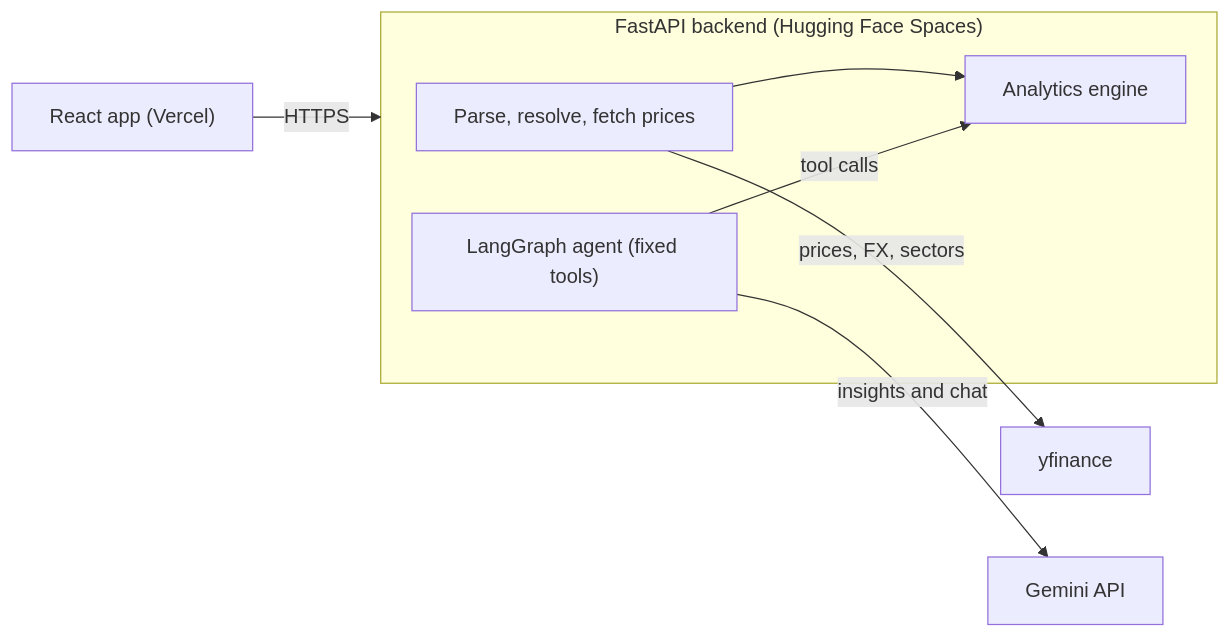
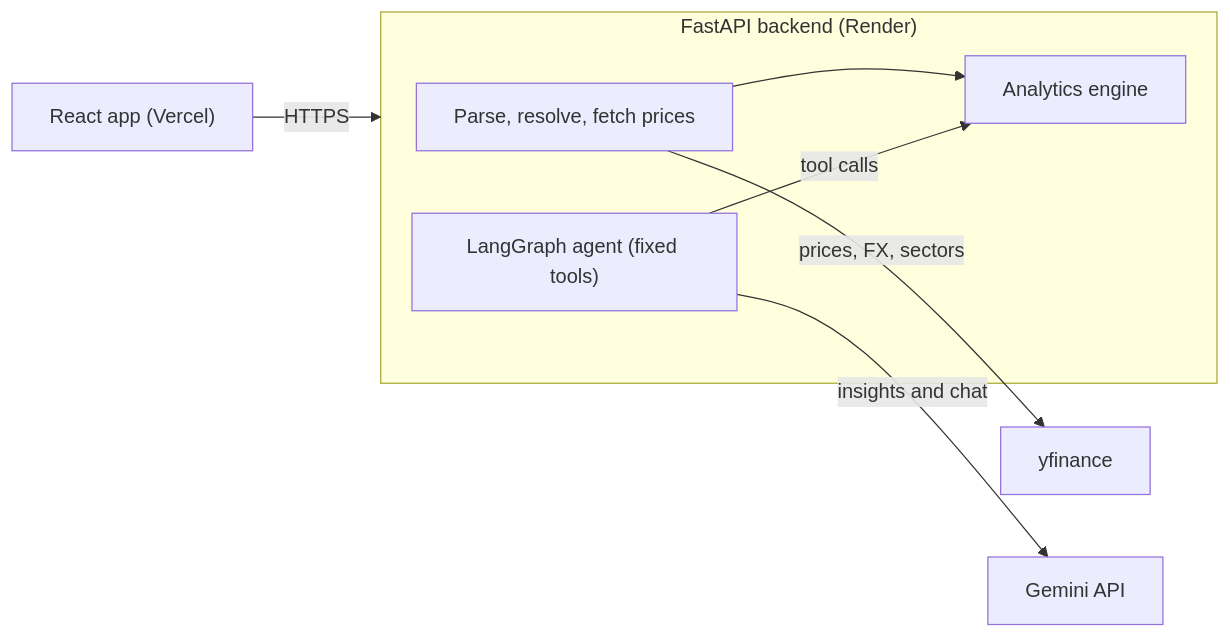
The diagram in docs/ARCHITECTURE.md (AyushModi-byte/portfolio_risk_analyzer), drawn with Mermaid before and after one commit. The commit also changed other lines of this file and 8 other files, not shown here.

````diff
--- a/docs/ARCHITECTURE.md
+++ b/docs/ARCHITECTURE.md
@@ -5,10 +5,10 @@
 ```mermaid
 flowchart LR
   A["React app (Vercel)"] -->|HTTPS| B
-  subgraph B["FastAPI backend (Hugging Face Spaces)"]
+  subgraph B["FastAPI backend (Render)"]
     P["Parse, resolve, fetch prices"] --> E["Analytics engine"]
     G["LangGraph agent (fixed tools)"] -->|tool calls| E
   end
   P -->|prices, FX, sectors| Y["yfinance"]
   G -->|insights and chat| M["Gemini API"]
 ```
````
